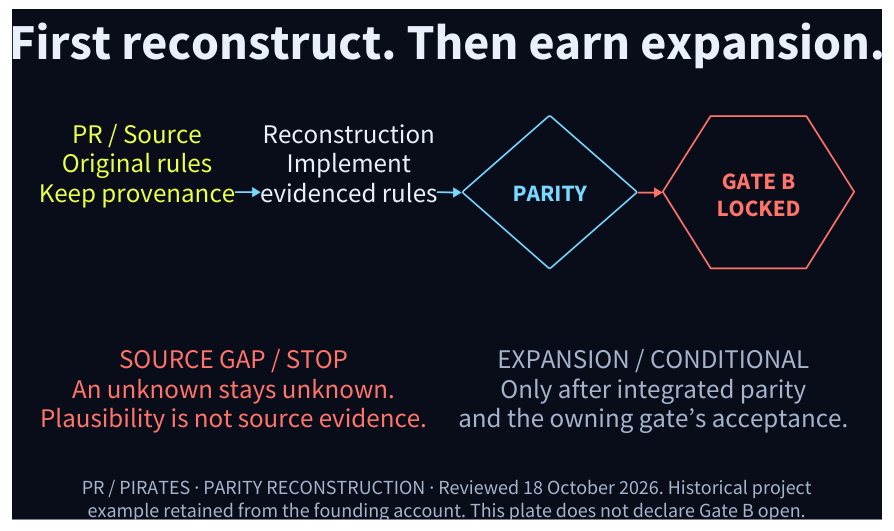
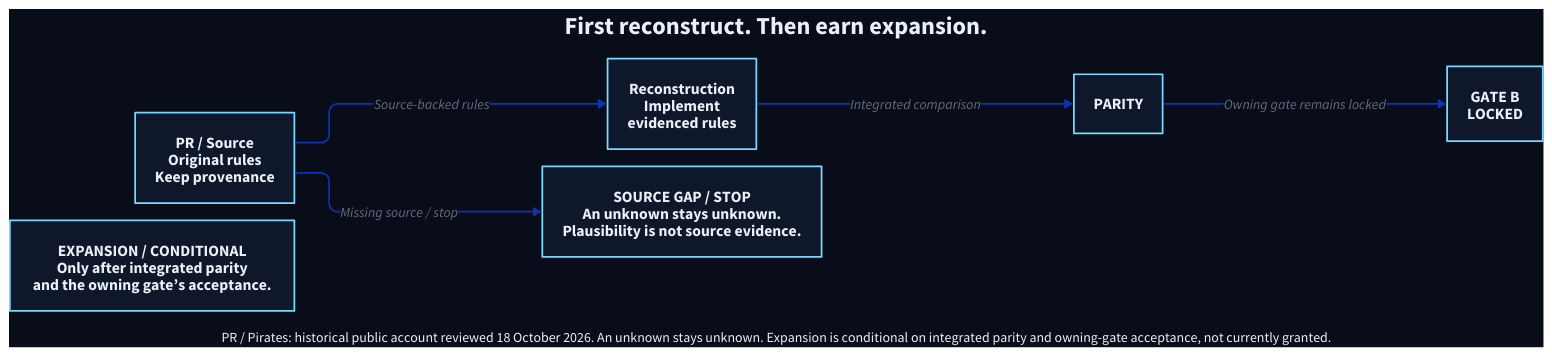
One commit to loftwah/woodhouse-new changed the diagram in diagrams/pirates-parity.d2. Above: the diagram before and after it, drawn with D2. The commit also changed 203 other files, not shown here.

Commit message:
Replace rejected exports with illustrated technical plates

```diff
--- a/diagrams/pirates-parity.d2
+++ b/diagrams/pirates-parity.d2
@@ -1,102 +1,22 @@
-# Woodhouse authored technical plate. Reviewed 18 October 2026.
-# Shape grammar: text = work; circle = responsibility; diamond = decision;
-# labelled stop = evidence boundary; dashed line = return or conditional path.
-# This is a method/relationship, not a claim that every project passed it.
+# Editable Woodhouse system model. Reviewed 18 October 2026.
+# Published illustration and this editable topology are separate artifacts.
+# Retained image master, exact prompts and paired provenance: scripts/assets/technical-plates/pirates-parity.*
 vars: {d2-config: {layout-engine: elk; theme-id: 0; pad: 16}}
+direction: right
 style.fill: "#080D19"
-direction: right
-grid-columns: 1
-vertical-gap: 22
-
-plate_title: "First reconstruct. Then earn expansion." {
-  shape: text
-  style.font-color: "#EAF0FA"
-  style.font-size: 58
-  style.fill: "transparent"
-  style.stroke: "#EAF0FA"
-  style.stroke-width: 0
-  style.bold: true
-}
-plate_title.near: top-center
-source: "" {
-  style.fill: transparent
-  style.stroke-width: 0
-  grid-rows: 1
-  grid-columns: 4
-  grid-gap: 30
-original: "PR / Source\nOriginal rules\nKeep provenance" {
-  shape: text
-  style.font-color: "#E9FF49"
-  style.font-size: 31
-  style.fill: "transparent"
-  style.stroke: "#E9FF49"
-  style.stroke-width: 0
-}
-rebuild: "Reconstruction\nImplement\nevidenced rules" {
-  shape: text
-  style.font-color: "#EAF0FA"
-  style.font-size: 31
-  style.fill: "transparent"
-  style.stroke: "#EAF0FA"
-  style.stroke-width: 0
-}
-parity: "PARITY" {
-  label.near: center-center
-  shape: diamond
-  style.font-color: "#79D8FF"
-  style.font-size: 27
-  style.fill: "transparent"
-  style.stroke: "#79D8FF"
-  style.stroke-width: 2
-  width: 200
-  height: 175
-  style.bold: true
-}
-gate: "GATE B\nLOCKED" {
-  label.near: center-center
-  shape: hexagon
-  style.font-color: "#FF746A"
-  style.font-size: 27
-  style.fill: "transparent"
-  style.stroke: "#FF746A"
-  style.stroke-width: 2
-  width: 220
-  height: 160
-  style.bold: true
-}
-original -> rebuild: "" {style.stroke: "#79D8FF"; style.stroke-width: 2; style.font-color: "#79D8FF"; style.font-size: 22;}
-rebuild -> parity: "" {style.stroke: "#79D8FF"; style.stroke-width: 2; style.font-color: "#79D8FF"; style.font-size: 22;}
-parity -> gate: "" {style.stroke: "#FF746A"; style.stroke-width: 2; style.font-color: "#FF746A"; style.font-size: 22;}
-}
-limits: "" {
-  style.fill: transparent
-  style.stroke-width: 0
-  grid-rows: 1
-  grid-columns: 2
-  grid-gap: 32
-gap: "SOURCE GAP / STOP\nAn unknown stays unknown.\nPlausibility is not source evidence." {
-  shape: text
-  style.font-color: "#FF746A"
-  style.font-size: 31
-  style.fill: "transparent"
-  style.stroke: "#FF746A"
-  style.stroke-width: 0
-}
-expansion: "EXPANSION / CONDITIONAL\nOnly after integrated parity\nand the owning gate’s acceptance." {
-  shape: text
-  style.font-color: "#A6B4CB"
-  style.font-size: 31
-  style.fill: "transparent"
-  style.stroke: "#A6B4CB"
-  style.stroke-width: 0
-}
-}
-plate_note: "PR / PIRATES · PARITY RECONSTRUCTION · Reviewed 18 October 2026. Historical project\nexample retained from the founding account. This plate does not declare Gate B open." {
-  shape: text
-  style.font-color: "#A6B4CB"
-  style.font-size: 23
-  style.fill: "transparent"
-  style.stroke: "#A6B4CB"
-  style.stroke-width: 0
-}
-plate_note.near: bottom-center
+*.style.fill: "#0F182A"
+*.style.stroke: "#79D8FF"
+*.style.font-color: "#EAF0FA"
+*.style.font-size: 18
+title: "First reconstruct. Then earn expansion." {shape: text; near: top-center; style.font-size: 28; style.bold: true}
+original: "PR / Source\nOriginal rules\nKeep provenance" {}
+rebuild: "Reconstruction\nImplement\nevidenced rules" {}
+parity: "PARITY" {}
+gate: "GATE B\nLOCKED" {}
+gap: "SOURCE GAP / STOP\nAn unknown stays unknown.\nPlausibility is not source evidence." {}
+expansion: "EXPANSION / CONDITIONAL\nOnly after integrated parity\nand the owning gate’s acceptance." {}
+original -> rebuild: "Source-backed rules"
+rebuild -> parity: "Integrated comparison"
+parity -> gate: "Owning gate remains locked"
+original -> gap: "Missing source / stop"
+note: "PR / Pirates: historical public account reviewed 18 October 2026. An unknown stays unknown. Expansion is conditional on integrated parity and owning-gate acceptance, not currently granted." {shape: text; near: bottom-center; style.font-size: 16}
```
